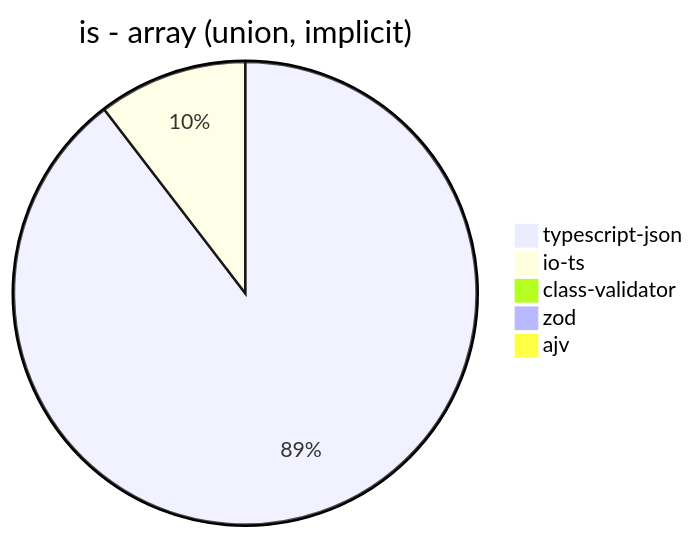
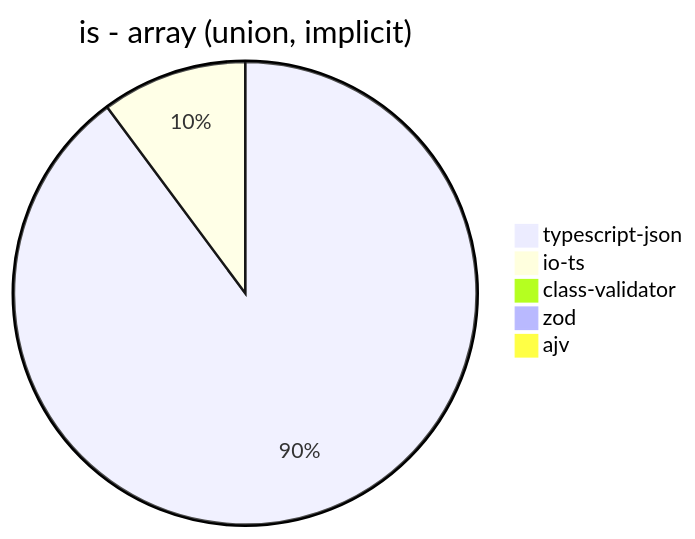
Before and after one commit to samchon/typia: the seventh of 40 diagrams in benchmark/results/AMD Ryzen 7 5800H with Radeon Graphics.md, drawn with Mermaid. The commit also changed other lines of this file and 4 other files, not shown here.

````diff
--- a/benchmark/results/AMD Ryzen 7 5800H with Radeon Graphics.md
+++ b/benchmark/results/AMD Ryzen 7 5800H with Radeon Graphics.md
@@ -81,8 +81,8 @@
 ```mermaid
 pie title is - array (union, implicit)
-  "typescript-json": 3938.2422802850356
-  "io-ts": 458.0681392736803
-  "class-validator": 8.599738268835296
-  "zod": 3.7369207772795217
+  "typescript-json": 4031.3718210506777
+  "io-ts": 456.0561299852289
+  "class-validator": 8.767123287671234
+  "zod": 3.777861730260673
   "ajv": 0
 ```
````
